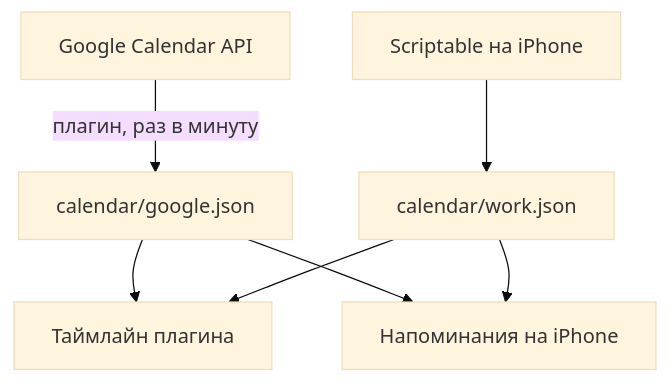
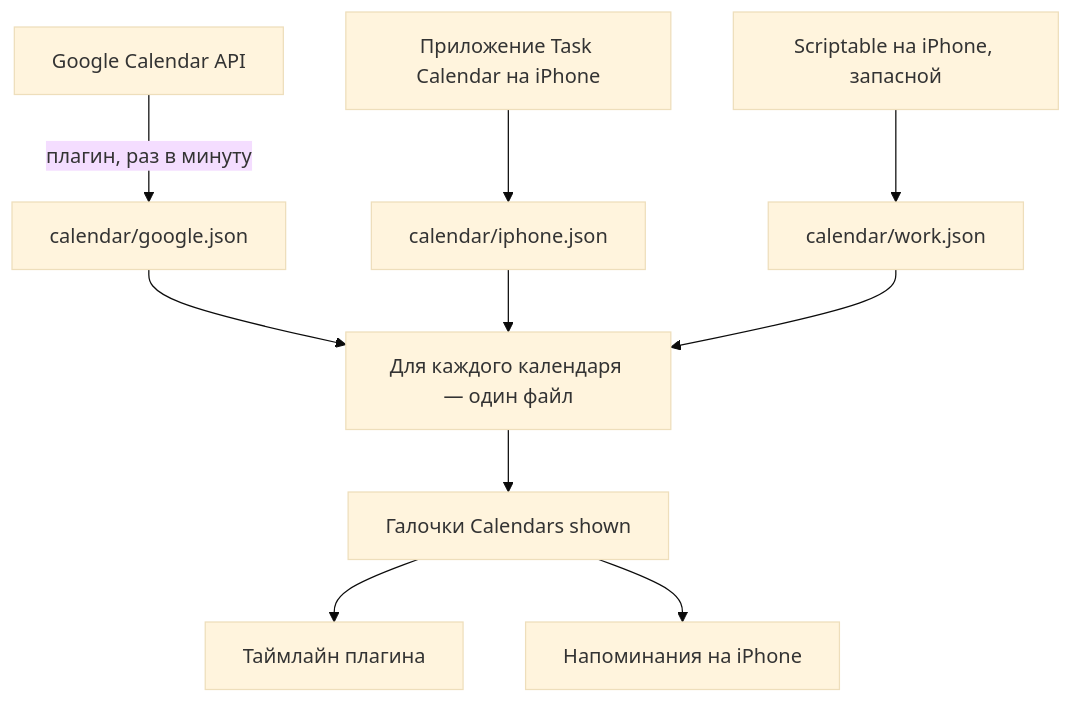
One commit to kudrmax/obsidian-task-tracker changed the diagram in docs/plugin/calendars.md. Above: the diagram before and after it, drawn with Mermaid (base theme). The commit also changed other lines of this file and 4 other files, not shown here.

Commit message:
Docs: three writers' files, one file per calendar, Calendars shown, Refresh now through the app

````diff
--- a/docs/plugin/calendars.md
+++ b/docs/plugin/calendars.md
@@ -9,9 +9,12 @@
 ```mermaid
 flowchart TB
   google[Google Calendar API] -->|плагин, раз в минуту| gfile[calendar/google.json]
-  scriptable[Scriptable на iPhone] --> wfile[calendar/work.json]
-  gfile --> timeline[Таймлайн плагина]
-  wfile --> timeline
-  gfile --> reminders[Напоминания на iPhone]
-  wfile --> reminders
+  app[Приложение Task Calendar на iPhone] --> ifile[calendar/iphone.json]
+  scriptable[Scriptable на iPhone, запасной] --> wfile[calendar/work.json]
+  gfile --> choice[Для каждого календаря — один файл]
+  ifile --> choice
+  wfile --> choice
+  choice --> shown[Галочки Calendars shown]
+  shown --> timeline[Таймлайн плагина]
+  shown --> reminders[Напоминания на iPhone]
 ```
````
